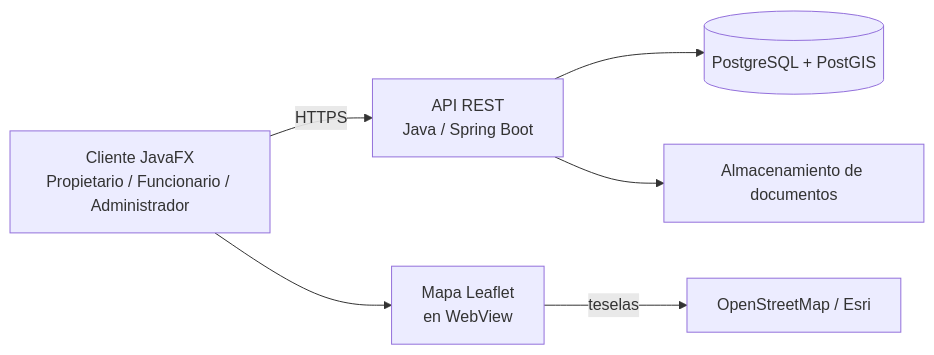
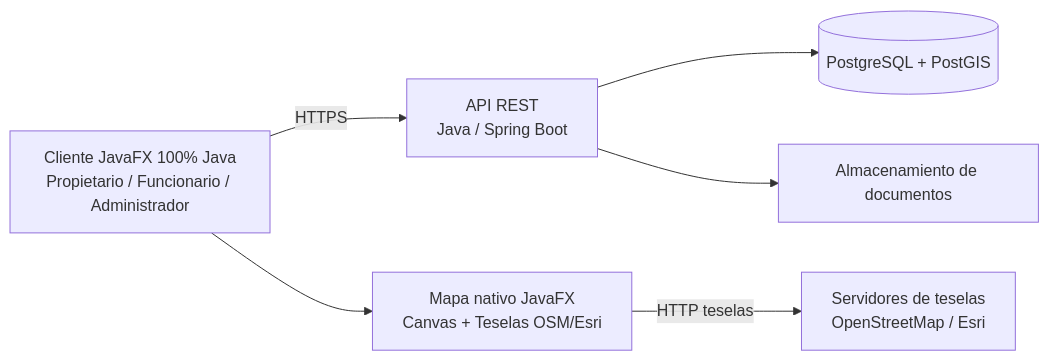
The third of 4 diagrams in README.md (C7Dev-77/SIGCAT), drawn with Mermaid before and after one commit. The commit also changed other lines of this file, not shown here.

Commit message:
docs: formalizar restriccion 100% Java puro y mapa nativo en JavaFX Canvas

````diff
--- a/README.md
+++ b/README.md
@@ -277,8 +279,8 @@
 ```mermaid
 flowchart LR
-    A[Cliente JavaFX<br/>Propietario / Funcionario / Administrador] -->|HTTPS| B[API REST<br/>Java / Spring Boot]
-    A --> M[Mapa Leaflet<br/>en WebView]
-    M -->|teselas| T[OpenStreetMap / Esri]
+    A[Cliente JavaFX 100% Java<br/>Propietario / Funcionario / Administrador] -->|HTTPS| B[API REST<br/>Java / Spring Boot]
+    A --> M[Mapa nativo JavaFX<br/>Canvas + Teselas OSM/Esri]
+    M -->|HTTP teselas| T[Servidores de teselas<br/>OpenStreetMap / Esri]
     B --> P[(PostgreSQL + PostGIS)]
     B --> F[Almacenamiento de documentos]
 ```
````
